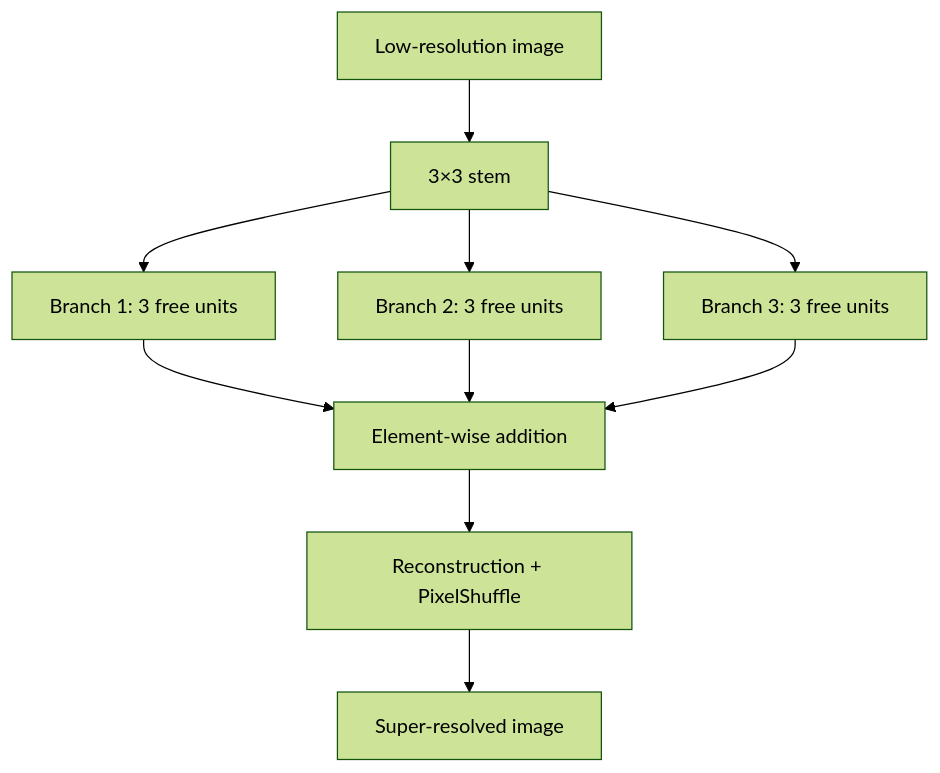
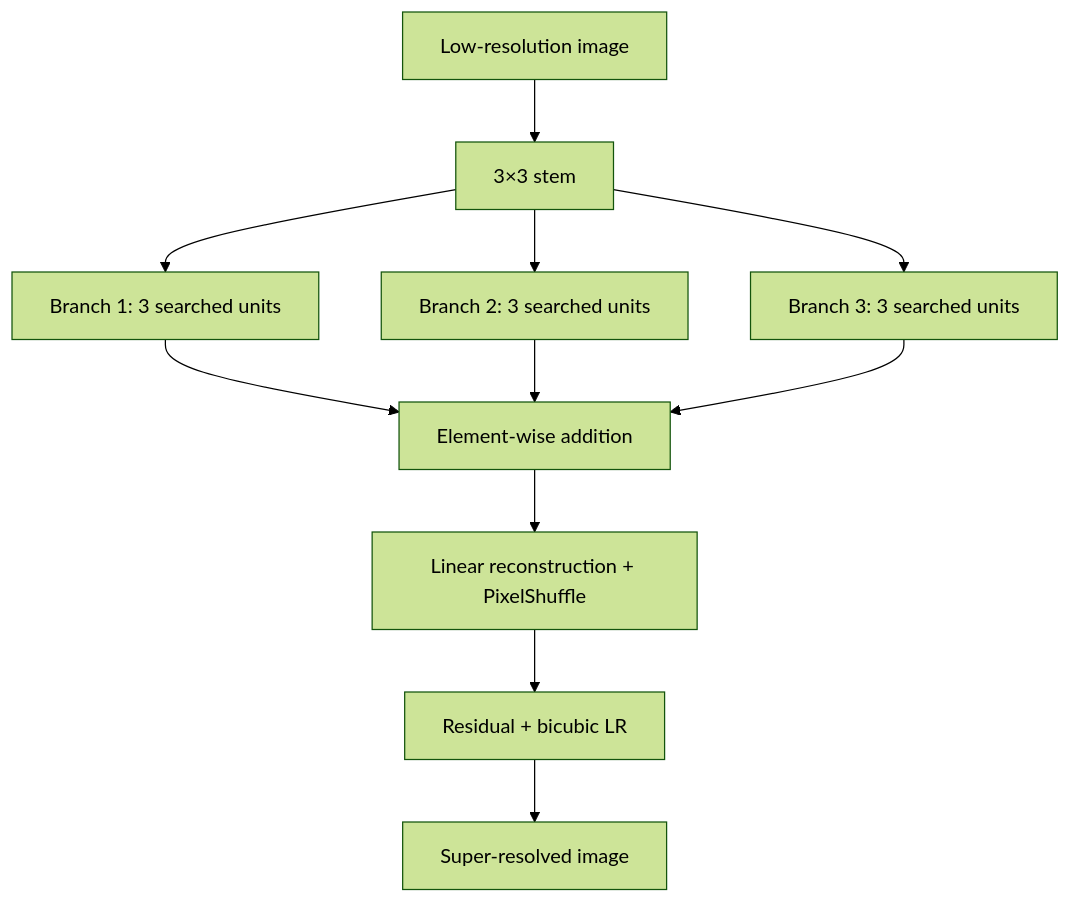
Before and after one commit to jesusllg/BASS-Branching-Architecture-Search-Space-for-Deep-Super-Resolution: the diagram in README.md, drawn with Mermaid (forest theme). The commit also changed other lines of this file and 61 other files, not shown here.

````diff
--- a/README.md
+++ b/README.md
@@ -15,12 +23,13 @@
 ```mermaid
 flowchart TB
     LR["Low-resolution image"] --> Stem["3×3 stem"]
-    Stem --> B1["Branch 1: 3 free units"]
-    Stem --> B2["Branch 2: 3 free units"]
-    Stem --> B3["Branch 3: 3 free units"]
+    Stem --> B1["Branch 1: 3 searched units"]
+    Stem --> B2["Branch 2: 3 searched units"]
+    Stem --> B3["Branch 3: 3 searched units"]
     B1 --> Add["Element-wise addition"]
     B2 --> Add
     B3 --> Add
-    Add --> PS["Reconstruction + PixelShuffle"]
-    PS --> SR["Super-resolved image"]
+    Add --> Up["Linear reconstruction + PixelShuffle"]
+    Up --> Residual["Residual + bicubic LR"]
+    Residual --> SR["Super-resolved image"]
 ```
````
